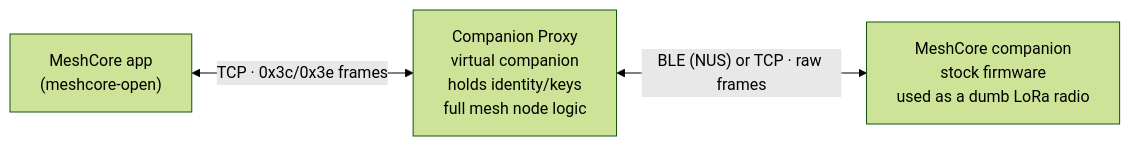
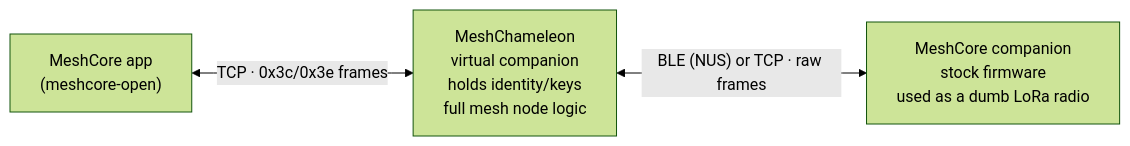
The diagram in README.md (jhuebert/MeshChameleon), drawn with Mermaid (forest theme) before and after one commit. The commit also changed other lines of this file and 90 other files, not shown here.

First line of the commit message:
feat(app): rename to MeshChameleon, add branding, harden identity (M5)

````diff
--- a/README.md
+++ b/README.md
@@ -7,9 +8,9 @@
 ```mermaid
 flowchart LR
     client["MeshCore app<br/>(meshcore-open)"]
-    proxy["Companion Proxy<br/>virtual companion<br/>holds identity/keys<br/>full mesh node logic"]
+    proxy["MeshChameleon<br/>virtual companion<br/>holds identity/keys<br/>full mesh node logic"]
     radio["MeshCore companion<br/>stock firmware<br/>used as a dumb LoRa radio"]
 
     client <-->|"TCP · 0x3c/0x3e frames"| proxy
     proxy <-->|"BLE (NUS) or TCP · raw frames"| radio
 ```
````
